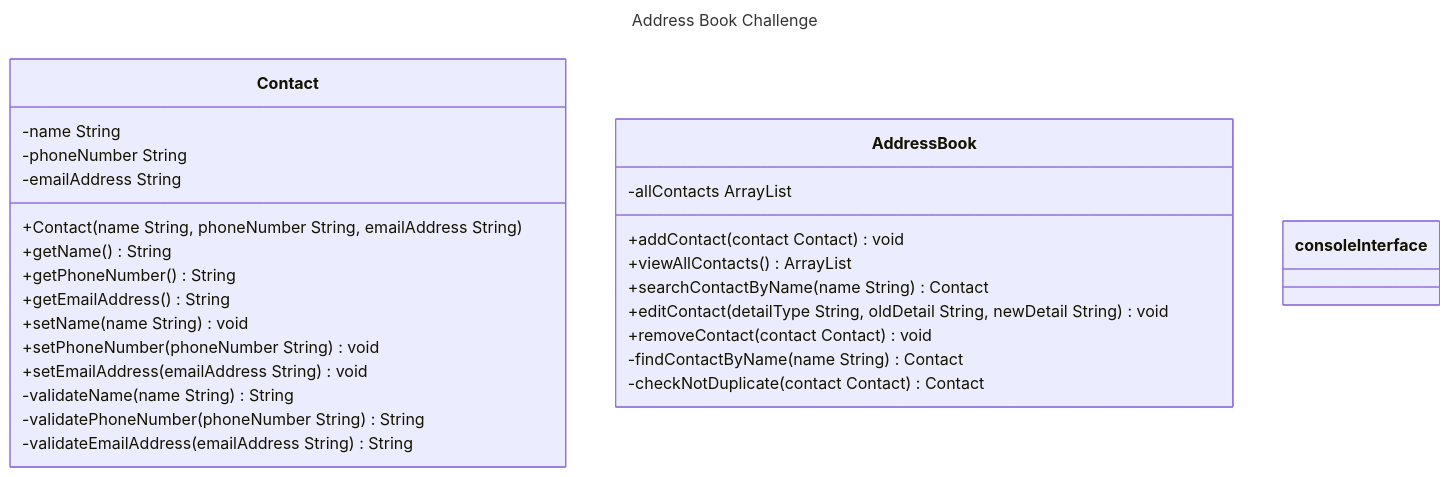
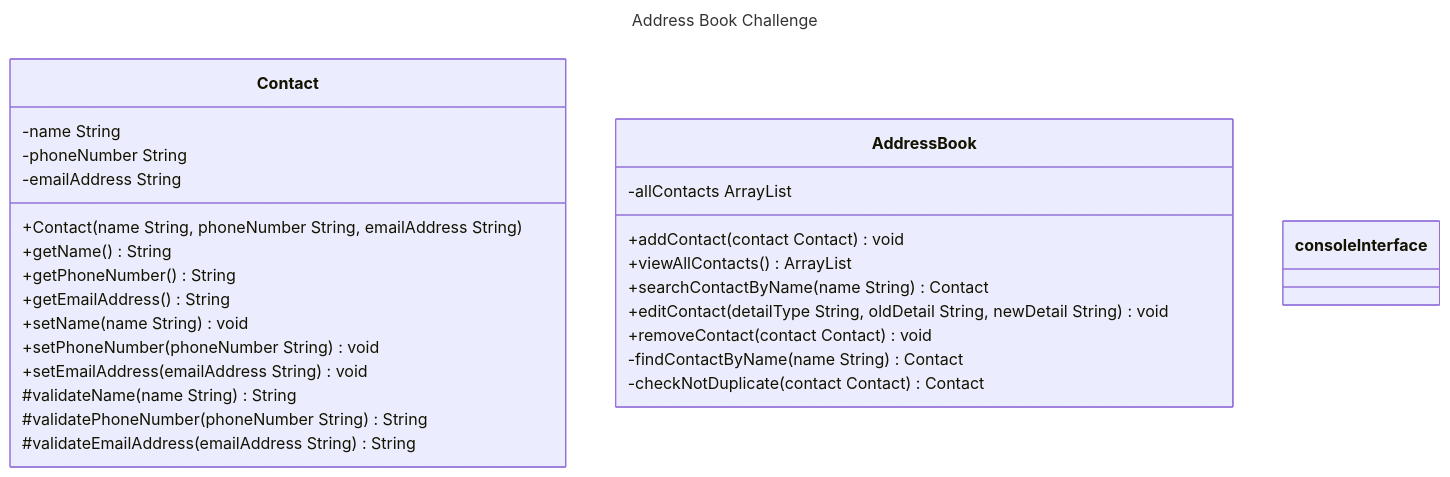
Before and after one commit to kristy-lam/df-challenge-3-address-book: the diagram in docs/class-diagrams-test-plan.md, drawn with Mermaid. The commit also changed other lines of this file and 3 other files, not shown here.

````diff
--- a/docs/class-diagrams-test-plan.md
+++ b/docs/class-diagrams-test-plan.md
@@ -11,36 +11,36 @@
 ```mermaid
 ---
 title: Address Book Challenge
 ---
 classDiagram
     class Contact {
         -name String
         -phoneNumber String
         -emailAddress String
         +Contact(name String, phoneNumber String, emailAddress String)
         +getName() String
         +getPhoneNumber() String
         +getEmailAddress() String
         +setName(name String) void
         +setPhoneNumber(phoneNumber String) void
         +setEmailAddress(emailAddress String) void
-        -validateName(name String) String
-        -validatePhoneNumber(phoneNumber String) String
-        -validateEmailAddress(emailAddress String) String
+        #validateName(name String) String
+        #validatePhoneNumber(phoneNumber String) String
+        #validateEmailAddress(emailAddress String) String
     }
     class AddressBook {   
         -allContacts ArrayList
         +addContact(contact Contact) void
         +viewAllContacts() ArrayList
         +searchContactByName(name String) Contact
         +editContact(detailType String, oldDetail String, newDetail String) void
         +removeContact(contact Contact) void
         -findContactByName(name String) Contact
         -checkNotDuplicate(contact Contact) Contact
     }
     class consoleInterface {
         
         
     }
 
 ```
````
